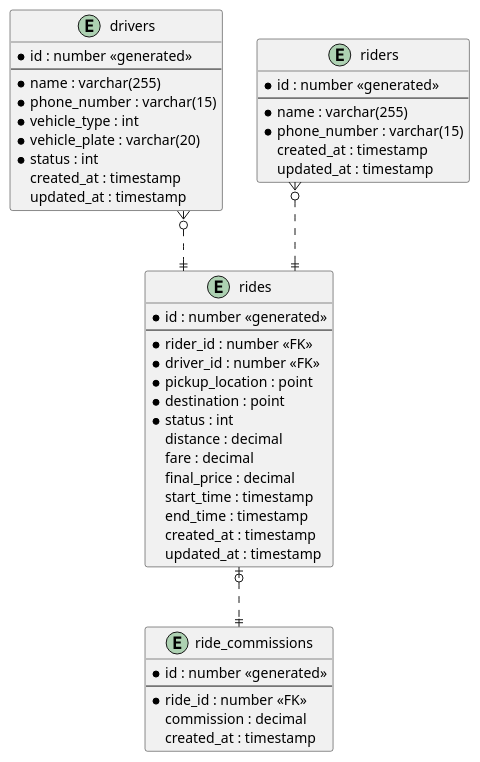
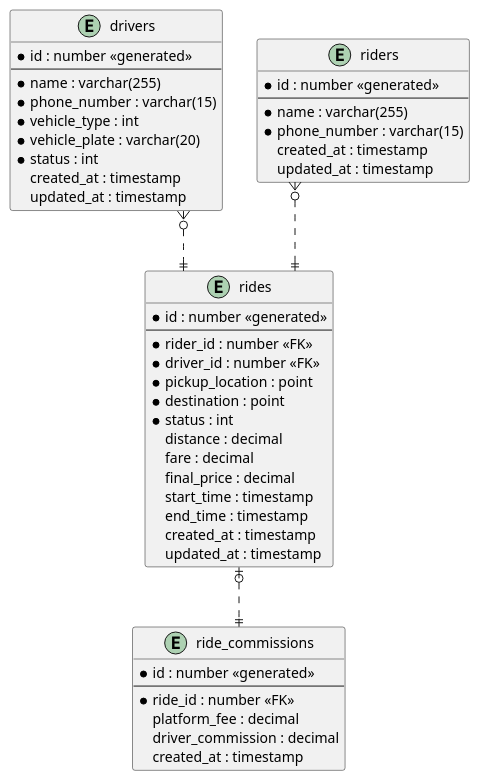
The diagram in docs/ERD.wsd (ermasavior/nebeng-jek), drawn with PlantUML before and after one commit. The commit also changed 6 other files, not shown here.

```diff
--- a/docs/ERD.wsd
+++ b/docs/ERD.wsd
@@ -1,58 +1,59 @@
 @startuml Rides DB Schema
 ' hide the spot
 ' hide circle
 
 ' avoid problems with angled crows feet
 skinparam linetype ortho
 
 entity "drivers" as e01 {
   *id : number <<generated>>
   --
   *name : varchar(255)
   *phone_number : varchar(15)
   *vehicle_type : int
   *vehicle_plate : varchar(20)
   *status : int
   created_at : timestamp
   updated_at : timestamp
 }
 
 entity "riders" as e02 {
   *id : number <<generated>>
   --
   *name : varchar(255)
   *phone_number : varchar(15)
   created_at : timestamp
   updated_at : timestamp
 }
 
 entity "rides" as e03 {
   *id : number <<generated>>
   --
   *rider_id : number <<FK>>
   *driver_id : number <<FK>>
   *pickup_location : point
   *destination : point
   *status : int
   distance : decimal
   fare : decimal
   final_price : decimal
   start_time : timestamp
   end_time : timestamp
   created_at : timestamp
   updated_at : timestamp
 }
 
 entity "ride_commissions" as e04 {
   *id : number <<generated>>
   --
   *ride_id : number <<FK>>
-  commission : decimal
+  platform_fee : decimal
+  driver_commission : decimal
   created_at : timestamp
 }
 
 e01 }o..|| e03
 e02 }o..|| e03
 e03 |o..|| e04
 
 @enduml
```
